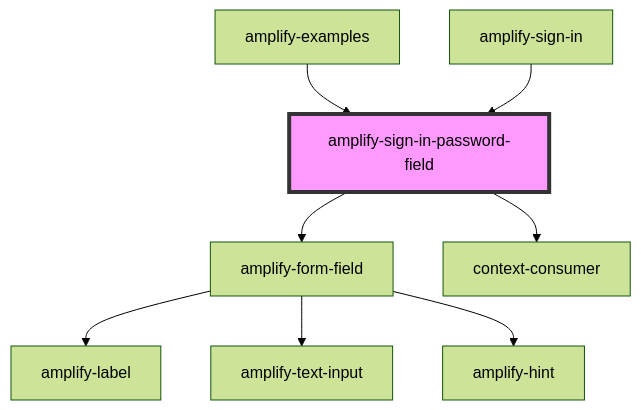
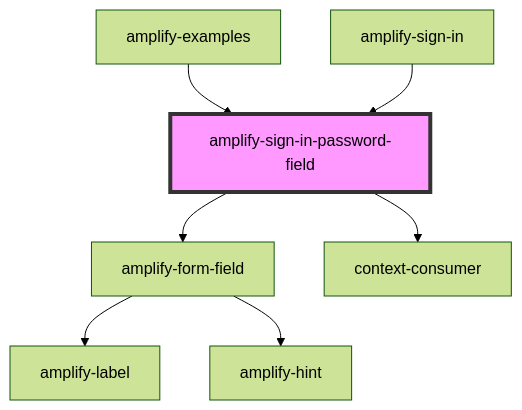
The diagram in packages/amplify-ui-components/src/components/amplify-sign-in-password-field/readme.md (OneDev0411/amplify-js), drawn with Mermaid (forest theme) before and after one commit. The commit also changed 23 other files, not shown here.

Commit message:
Add checkbox, radio, select comps, update form field

````diff
--- a/packages/amplify-ui-components/src/components/amplify-sign-in-password-field/readme.md
+++ b/packages/amplify-ui-components/src/components/amplify-sign-in-password-field/readme.md
@@ -33,11 +33,10 @@
 ```mermaid
 graph TD;
   amplify-sign-in-password-field --> amplify-form-field
   amplify-sign-in-password-field --> context-consumer
   amplify-form-field --> amplify-label
-  amplify-form-field --> amplify-text-input
   amplify-form-field --> amplify-hint
   amplify-examples --> amplify-sign-in-password-field
   amplify-sign-in --> amplify-sign-in-password-field
   style amplify-sign-in-password-field fill:#f9f,stroke:#333,stroke-width:4px
 ```
````
